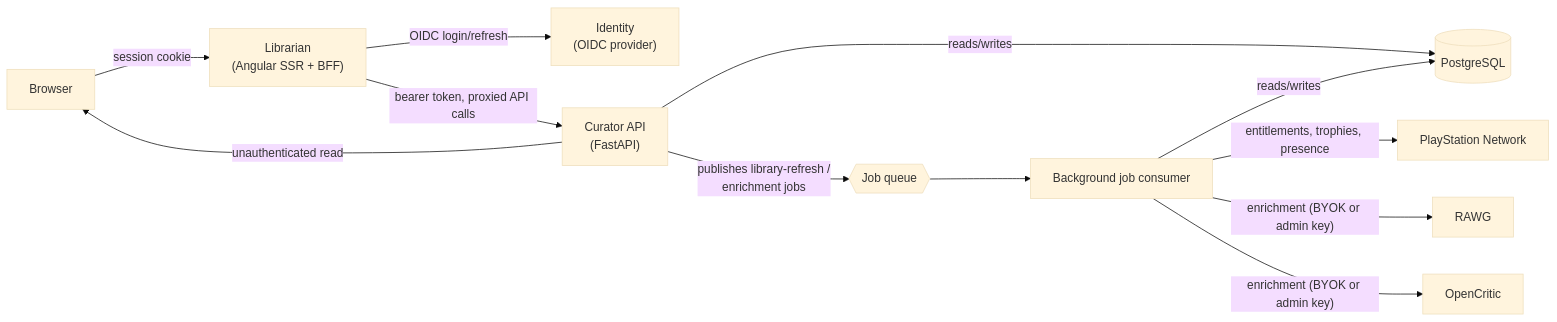
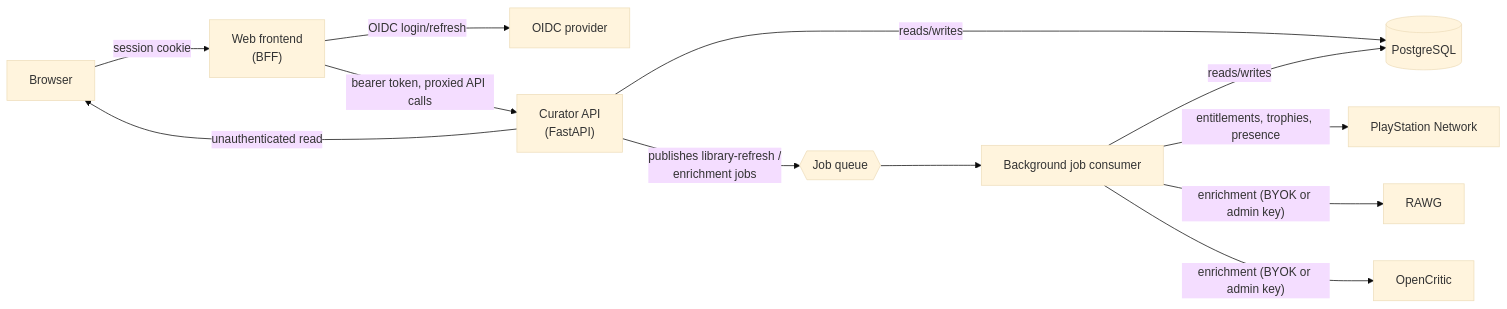
One commit to crgolden/Curator changed the first of 6 diagrams in ARCHITECTURE.md. Above: the diagram before and after it, drawn with Mermaid (base theme). The commit also changed other lines of this file and 4 other files, not shown here.

````diff
--- a/ARCHITECTURE.md
+++ b/ARCHITECTURE.md
@@ -12,25 +12,25 @@
 ```mermaid
 flowchart LR
     Browser["Browser"]
-    Identity["Identity<br/>(OIDC provider)"]
-    Librarian["Librarian<br/>(Angular SSR + BFF)"]
+    Identity["OIDC provider"]
+    Frontend["Web frontend<br/>(BFF)"]
     Curator["Curator API<br/>(FastAPI)"]
     DB[("PostgreSQL")]
     Queue{{"Job queue"}}
     Worker["Background job consumer"]
     PSN["PlayStation Network"]
     RAWG["RAWG"]
     OpenCritic["OpenCritic"]
 
-    Browser -->|"session cookie"| Librarian
-    Librarian -->|"OIDC login/refresh"| Identity
-    Librarian -->|"bearer token, proxied API calls"| Curator
+    Browser -->|"session cookie"| Frontend
+    Frontend -->|"OIDC login/refresh"| Identity
+    Frontend -->|"bearer token, proxied API calls"| Curator
     Curator -->|"reads/writes"| DB
     Curator -->|"publishes library-refresh /<br/>enrichment jobs"| Queue
     Queue --> Worker
     Worker -->|"reads/writes"| DB
     Worker -->|"entitlements, trophies, presence"| PSN
     Worker -->|"enrichment (BYOK or admin key)"| RAWG
     Worker -->|"enrichment (BYOK or admin key)"| OpenCritic
     Curator -->|"unauthenticated read"| Browser
 ```
````
